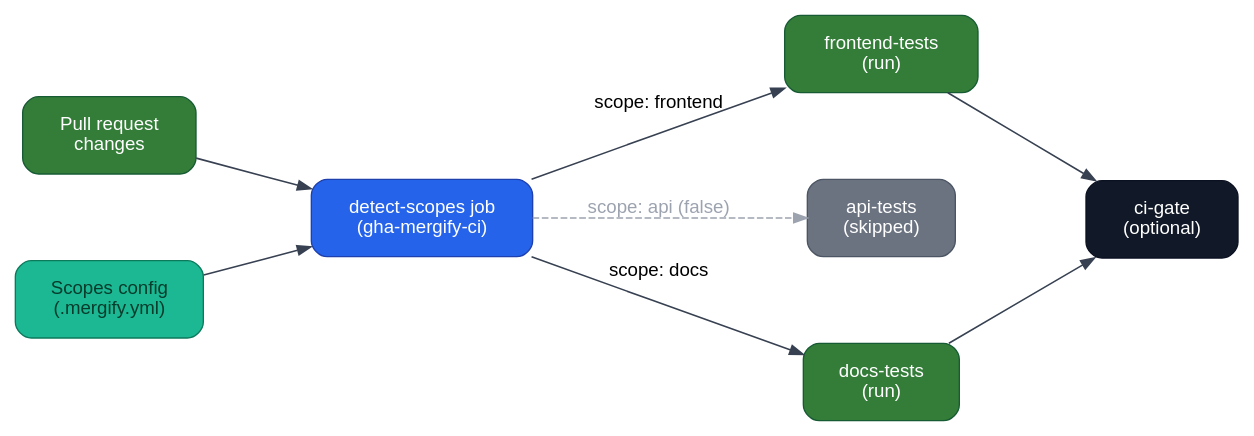
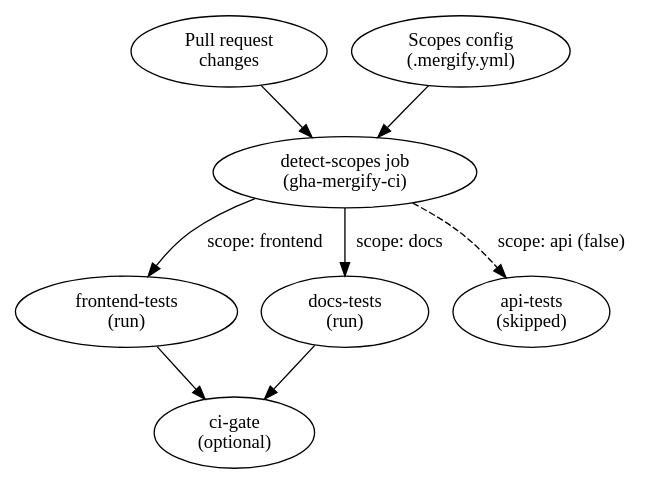
Before and after one commit to Mergifyio/docs: the diagram in src/content/docs/integrations/gha.mdx, drawn with Graphviz. The commit also changed 20 other files, not shown here.

````diff
--- a/src/content/docs/integrations/gha.mdx
+++ b/src/content/docs/integrations/gha.mdx
@@ -101,29 +101,21 @@
-```dot class="graph"
-strict digraph {
-  fontname="sans-serif";
-  rankdir="LR";
-  nodesep=0.9;
-  ranksep=1.1;
-  splines=polyline;
+```dot class="queue"
+digraph {
+  PR [label="Pull request\nchanges", class="queued"];
+  Config [label="Scopes config\n(.mergify.yml)", class="config"];
+  Detect [label="detect-scopes job\n(gha-mergify-ci)", class="pending"];
 
-  node [shape=box, style="rounded,filled", fontname="sans-serif", margin="0.35,0.2", color="#165B33", fillcolor="#347D39", fontcolor="white"];
-  edge [fontname="sans-serif", color="#374151", penwidth=1.2, arrowhead=normal];
-
-  PR [label="Pull request\nchanges"];
-  Config [fillcolor="#1CB893", color="#0B7A5C", fontcolor="#063C2C", label="Scopes config\n(.mergify.yml)"];
-  Detect [fillcolor="#2563EB", color="#1E40AF", label="detect-scopes job\n(gha-mergify-ci)"];
-
-  Frontend [label="frontend-tests\n(run)"];
-  API [fillcolor="#6B7280", color="#4B5563", label="api-tests\n(skipped)"];
-  Docs [label="docs-tests\n(run)"];
-  Gate [fillcolor="#111827", color="#0B1120", label="ci-gate\n(optional)"];
+  Frontend [label="frontend-tests\n(run)", class="queued"];
+  Docs [label="docs-tests\n(run)", class="queued"];
+  API [label="api-tests\n(skipped)", class="muted"];
 
   PR -> Detect;
   Config -> Detect;
   Detect -> Frontend [label="scope: frontend"];
   Detect -> Docs [label="scope: docs"];
-  Detect -> API [style=dashed, color="#9CA3AF", fontcolor="#9CA3AF", label="scope: api (false)"];
+  Detect -> API [label="scope: api (false)", class="muted", style=dashed];
+
+  Gate [label="ci-gate\n(optional)", class="external"];
   Frontend -> Gate;
   Docs -> Gate;
 }
 ```
````
